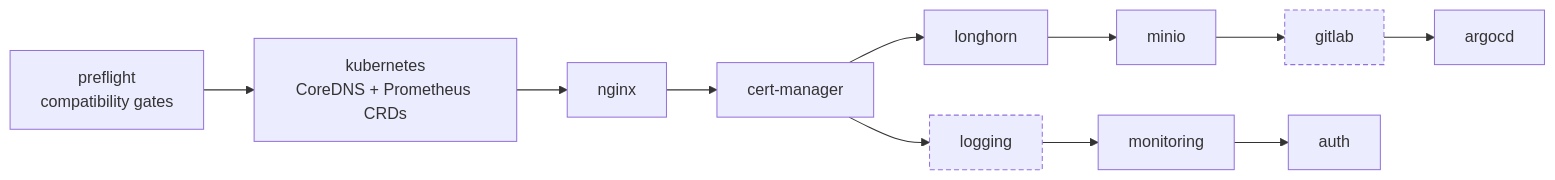
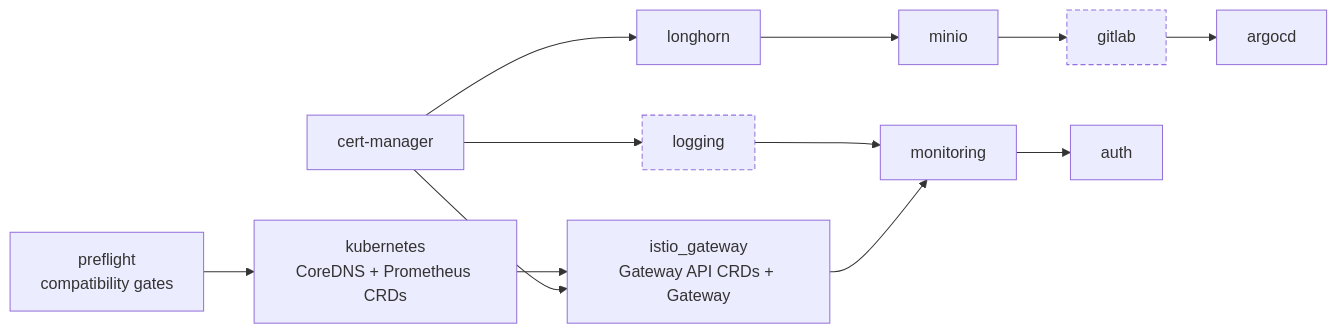
Before and after one commit to chrisleekr/homelab-infrastructure: the diagram in docs/start/deploy-platform.md, drawn with Mermaid. The commit also changed other lines of this file and 143 other files, not shown here.

Commit message:
feat(stage2): migrate nginx-ingress to Istio Gateway API (#119)

````diff
--- a/docs/start/deploy-platform.md
+++ b/docs/start/deploy-platform.md
@@ -44,10 +44,12 @@
 ```mermaid
 flowchart LR
     preflight["preflight<br/>compatibility gates"] --> kube["kubernetes<br/>CoreDNS + Prometheus CRDs"]
-    kube --> ngx["nginx"] --> certmgr["cert-manager"]
+    kube --> istiogw["istio_gateway<br/>Gateway API CRDs + Gateway"]
+    certmgr["cert-manager"] --> istiogw
     certmgr --> lhorn["longhorn"] --> minio["minio"] --> gitlab["gitlab"]:::optional
     certmgr --> logging["logging"]:::optional --> monitoring["monitoring"] --> auth["auth"]
+    istiogw --> monitoring
     gitlab --> argocd["argocd"]
 
     classDef optional stroke-dasharray:5 3
 ```
````
